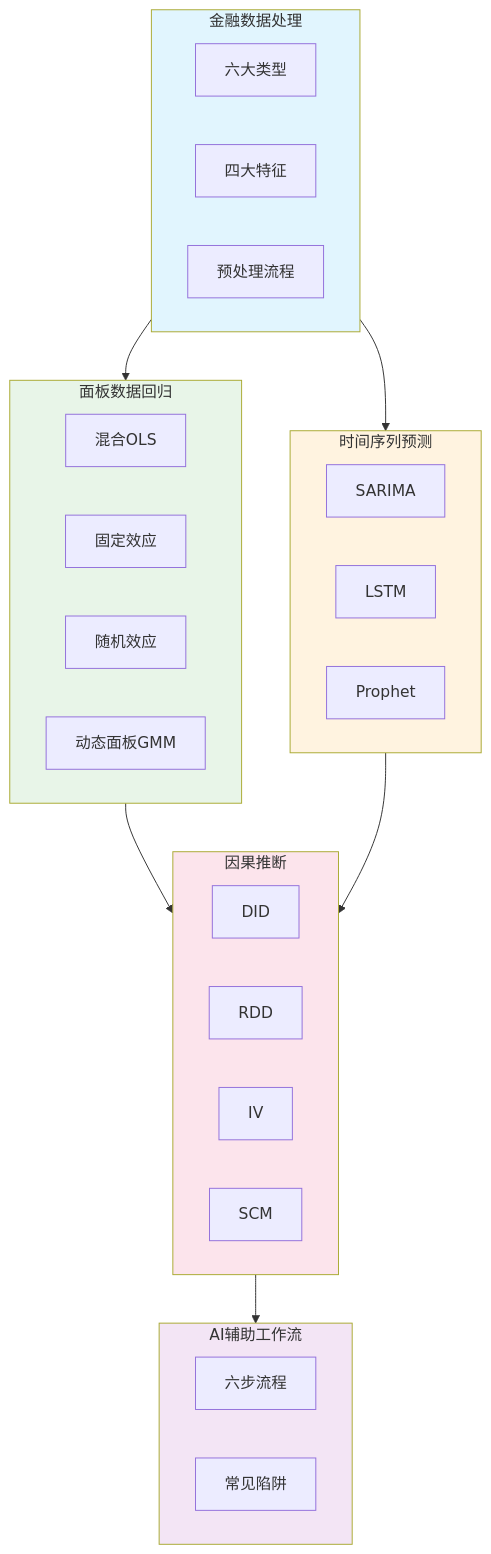
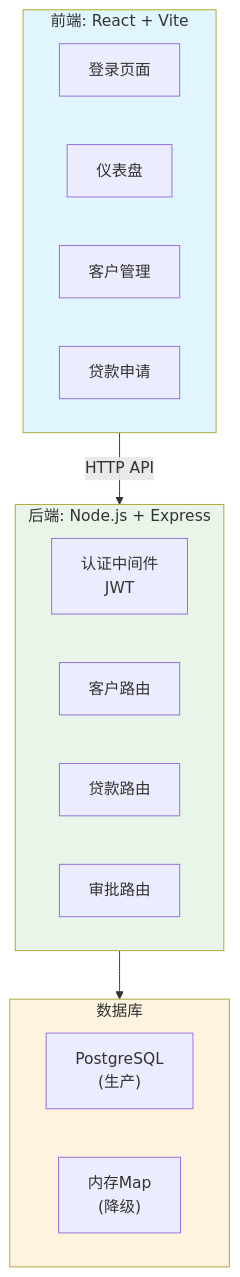
Before and after one commit to shawsicau-create/smartbanking: the third of 4 diagrams in webversion/src/content/docs/ch07.md, drawn with Mermaid. The commit also changed other lines of this file and 2 other files, not shown here.

````diff
--- a/webversion/src/content/docs/ch07.md
+++ b/webversion/src/content/docs/ch07.md
@@ -2292,45 +233,28 @@
 ```mermaid
 flowchart TB
-    subgraph Data["金融数据处理"]
-        D1["六大类型"]
-        D2["四大特征"]
-        D3["预处理流程"]
+    subgraph Frontend["前端: React + Vite"]
+        F1["登录页面"]
+        F2["仪表盘"]
+        F3["客户管理"]
+        F4["贷款申请"]
     end
     
-    subgraph Panel["面板数据回归"]
-        P1["混合OLS"]
-        P2["固定效应"]
-        P3["随机效应"]
-        P4["动态面板GMM"]
+    subgraph Backend["后端: Node.js + Express"]
+        B1["认证中间件\nJWT"]
+        B2["客户路由"]
+        B3["贷款路由"]
+        B4["审批路由"]
     end
     
-    subgraph Time["时间序列预测"]
-        T1["SARIMA"]
-        T2["LSTM"]
-        T3["Prophet"]
+    subgraph Database["数据库"]
+        D1["PostgreSQL\n(生产)"]
+        D2["内存Map\n(降级)"]
     end
     
-    subgraph Causal["因果推断"]
-        C1["DID"]
-        C2["RDD"]
-        C3["IV"]
-        C4["SCM"]
-    end
+    Frontend -->|"HTTP API"| Backend
+    Backend --> Database
     
-    subgraph Workflow["AI辅助工作流"]
-        W1["六步流程"]
-        W2["常见陷阱"]
-    end
-    
-    Data --> Panel
-    Data --> Time
-    Panel --> Causal
-    Time --> Causal
-    Causal --> Workflow
-    
-    style Data fill:#e1f5fe
-    style Panel fill:#e8f5e8
-    style Time fill:#fff3e0
-    style Causal fill:#fce4ec
-    style Workflow fill:#f3e5f5
+    style Frontend fill:#e1f5fe
+    style Backend fill:#e8f5e8
+    style Database fill:#fff3e0
 ```
````
